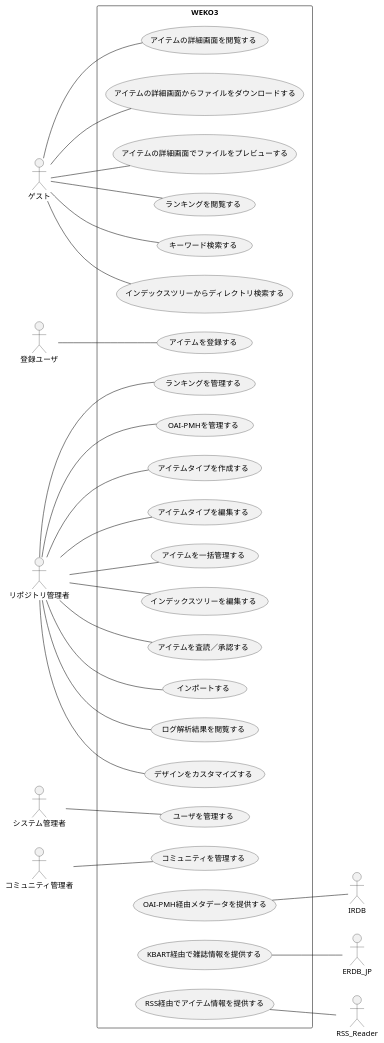
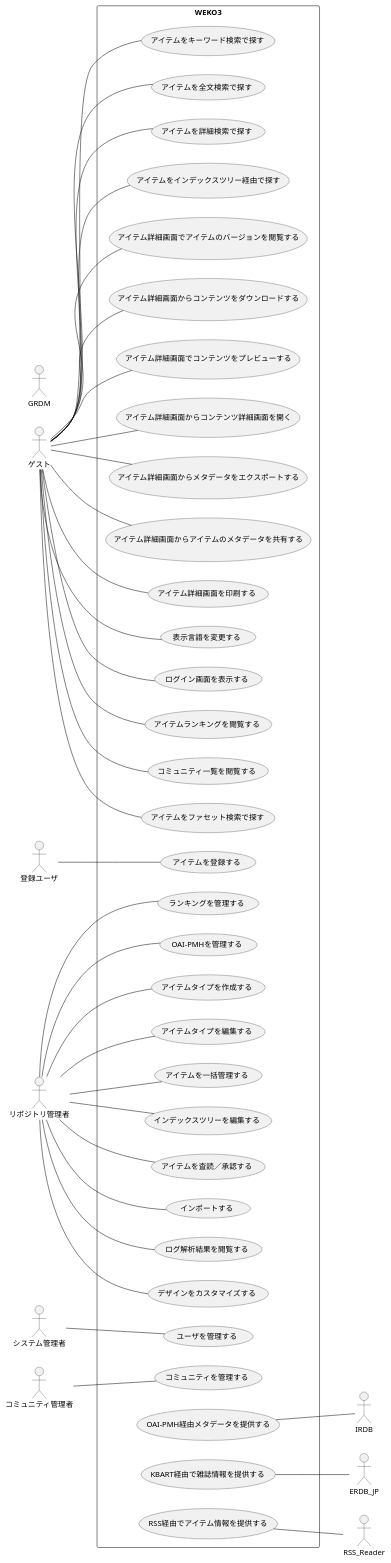
One commit to RCOSDP/weko-document changed the diagram in UML/use-case-diagram/UC0000.pu. Above: the diagram before and after it, drawn with PlantUML. The commit also changed 2 other files, not shown here.

```diff
--- a/UML/use-case-diagram/UC0000.pu
+++ b/UML/use-case-diagram/UC0000.pu
@@ -1,62 +1,94 @@
 @startuml
 ' http://plantuml.com/
 ' https://marketplace.visualstudio.com/items?itemName=jebbs.plantuml
 
 
 'title ユースケース図
 
 left to right direction
 skinparam packageStyle rectangle
 
-actor ゲスト
+actor GUEST as "ゲスト"
 ' 教員
 actor 登録ユーザ
 ' 図書館員,モデレータ
 actor リポジトリ管理者
 actor システム管理者
 ' 外部システム
 actor IRDB 
 actor ERDB_JP
 actor RSS_Reader
+actor GRDM
 
 ' WEKO3
 actor コミュニティ管理者
 
 rectangle WEKO3 {
 
 ' ゲスト
-ゲスト -- (キーワード検索する)
-ゲスト -- (インデックスツリーからディレクトリ検索する)
-ゲスト -- (アイテムの詳細画面を閲覧する)
-ゲスト -- (アイテムの詳細画面からファイルをダウンロードする)
-ゲスト -- (アイテムの詳細画面でファイルをプレビューする)
-ゲスト -- (ランキングを閲覧する)
+usecase UC_GUEST_0010 as "アイテムをキーワード検索で探す"
+usecase UC_GUEST_0020 as "アイテムを全文検索で探す"
+usecase UC_GUEST_0030 as "アイテムを詳細検索で探す"
+usecase UC_GUEST_0040 as "アイテムをインデックスツリー経由で探す"
+usecase UC_GUEST_0050 as "アイテム詳細画面を閲覧する"
+usecase UC_GUEST_0050 as "アイテム詳細画面でアイテムの利用統計を閲覧する"
+usecase UC_GUEST_0050 as "アイテム詳細画面でアイテムのバージョンを閲覧する"
+usecase UC_GUEST_0060 as "アイテム詳細画面からコンテンツをダウンロードする"
+usecase UC_GUEST_0070 as "アイテム詳細画面でコンテンツをプレビューする"
+usecase UC_GUEST_0080 as "アイテム詳細画面からコンテンツ詳細画面を開く"
+usecase UC_GUEST_0090 as "アイテム詳細画面からメタデータをエクスポートする"
+usecase UC_GUEST_0100 as "アイテム詳細画面からアイテムのメタデータを共有する"
+usecase UC_GUEST_0110 as "アイテム詳細画面を印刷する"
+usecase UC_GUEST_0120 as "表示言語を変更する"
+usecase UC_GUEST_0121 as "ログイン画面を表示する"
+usecase UC_GUEST_0130 as "アイテムランキングを閲覧する"
+usecase UC_GUEST_0140 as "コミュニティ一覧を閲覧する"
+usecase UC_GUEST_0150 as "アイテムをファセット検索で探す"
+
+
+GUEST -- UC_GUEST_0010
+GUEST -- UC_GUEST_0020
+GUEST -- UC_GUEST_0030
+GUEST -- UC_GUEST_0040
+GUEST -- UC_GUEST_0050
+GUEST -- UC_GUEST_0060
+GUEST -- UC_GUEST_0070
+GUEST -- UC_GUEST_0080
+GUEST -- UC_GUEST_0090
+GUEST -- UC_GUEST_0100
+GUEST -- UC_GUEST_0110
+GUEST -- UC_GUEST_0120
+GUEST -- UC_GUEST_0121
+GUEST -- UC_GUEST_0130
+GUEST -- UC_GUEST_0140
+GUEST -- UC_GUEST_0150
+
 
 ' 登録ユーザ
 登録ユーザ -- (アイテムを登録する)
 
 ' リポジトリ管理者
 リポジトリ管理者 -- (アイテムタイプを作成する)
 リポジトリ管理者 -- (アイテムタイプを編集する)
 リポジトリ管理者 -- (アイテムを一括管理する)
 リポジトリ管理者 -- (インデックスツリーを編集する)
 リポジトリ管理者 -- (アイテムを査読／承認する)
 リポジトリ管理者 -- (インポートする)
 リポジトリ管理者 -- (ログ解析結果を閲覧する)
 リポジトリ管理者 -- (デザインをカスタマイズする)
 リポジトリ管理者 -- (ランキングを管理する)
 リポジトリ管理者 -- (OAI-PMHを管理する)
 
 ' コミュニティ管理者
 コミュニティ管理者 -- (コミュニティを管理する)
 
 ' システム管理者
 システム管理者  -- (ユーザを管理する)
 
 ' 外部システム連携
 (OAI-PMH経由メタデータを提供する) -- IRDB
 (KBART経由で雑誌情報を提供する) -- ERDB_JP
 (RSS経由でアイテム情報を提供する) --  RSS_Reader
 
 }
 @enduml
```
